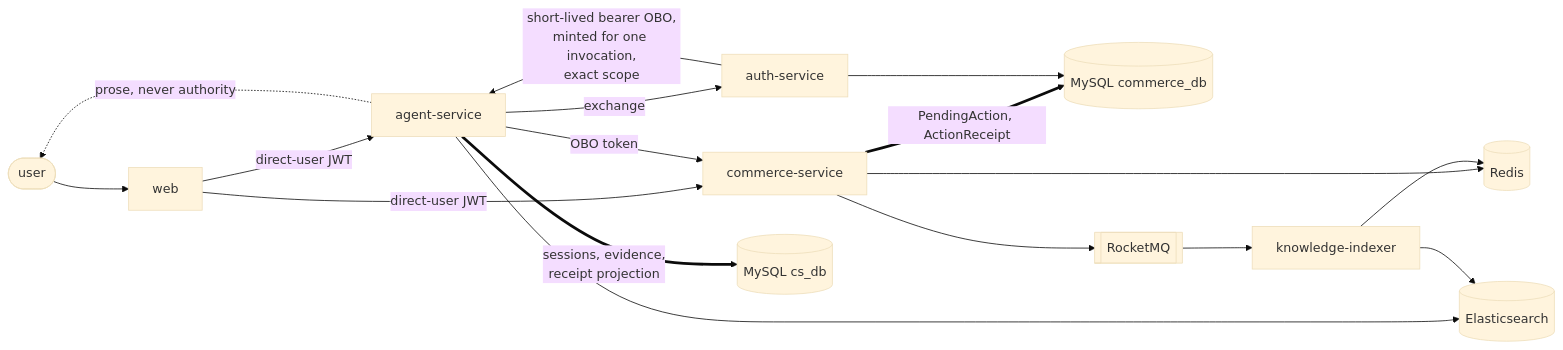
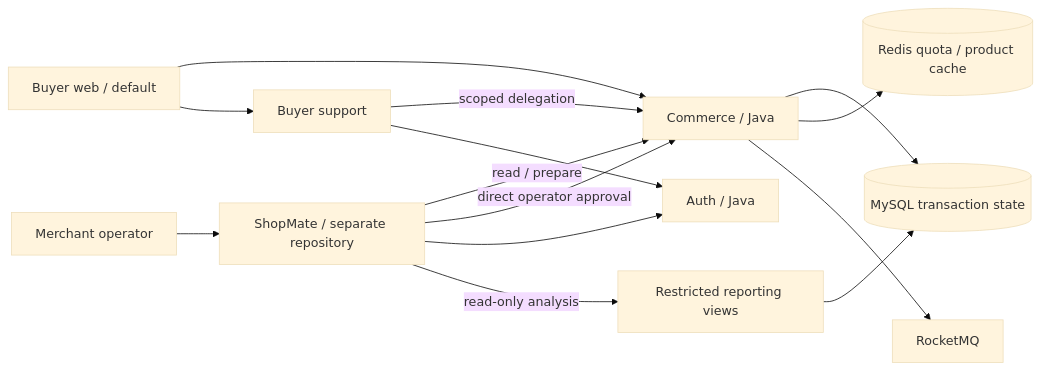
One commit to ChanTso/citybuddy changed the diagram in README.md. Above: the diagram before and after it, drawn with Mermaid (base theme). The commit also changed other lines of this file and 5 other files, not shown here.

````diff
--- a/README.md
+++ b/README.md
@@ -22,19 +35,16 @@
 ```mermaid
 flowchart LR
-    U([user]) --> W[web]
-    W -->|direct-user JWT| A[agent-service]
-    W -->|direct-user JWT| C[commerce-service]
-    A -->|exchange| AU[auth-service]
-    AU -->|short-lived bearer OBO,<br/>minted for one invocation,<br/>exact scope| A
-    A -->|OBO token| C
-    A -.->|prose, never authority| U
-    C ==>|PendingAction, ActionReceipt| M[(MySQL commerce_db)]
-    A ==>|sessions, evidence,<br/>receipt projection| S[(MySQL cs_db)]
-    AU --> M
-    A --> E[(Elasticsearch)]
-    C --> R[(Redis)]
-    K[knowledge-indexer] --> E
-    K --> R
-    C --> Q[[RocketMQ]]
-    Q --> K
+    Buyer[Buyer web / default] --> Commerce[Commerce / Java]
+    Buyer --> Support[Buyer support]
+    Support -->|scoped delegation| Commerce
+    Operator[Merchant operator] --> ShopMate[ShopMate / separate repository]
+    ShopMate -->|read / prepare| Commerce
+    ShopMate -->|direct operator approval| Commerce
+    Support --> Auth[Auth / Java]
+    ShopMate --> Auth
+    ShopMate -->|read-only analysis| Views[Restricted reporting views]
+    Views --> DB[(MySQL transaction state)]
+    Commerce --> DB
+    Commerce --> Redis[(Redis quota / product cache)]
+    Commerce --> MQ[RocketMQ]
 ```
````
